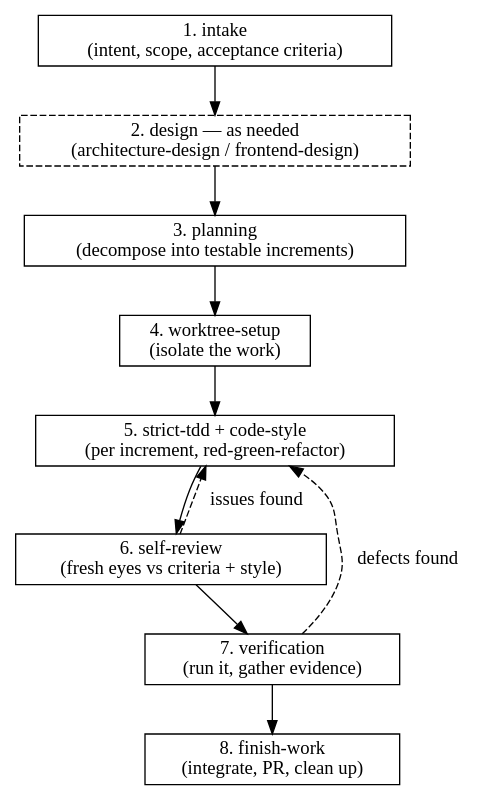
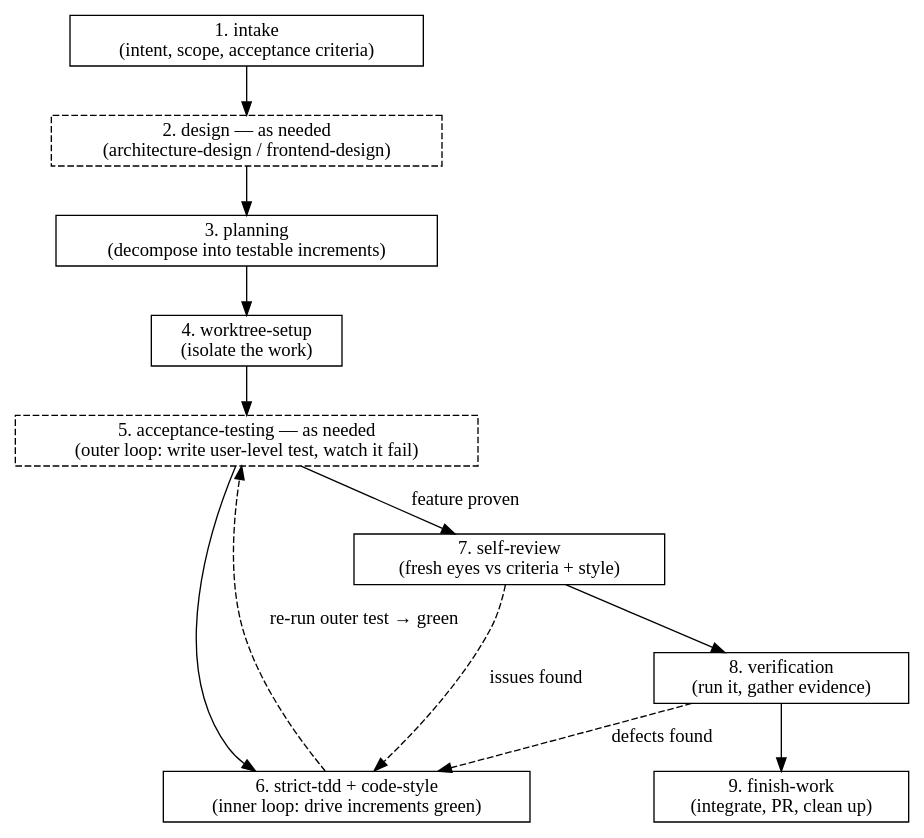
One commit to bryceklinker/claude-skills changed the diagram in skills/dev-workflow/SKILL.md. Above: the diagram before and after it, drawn with Graphviz. The commit also changed other lines of this file and 6 other files, not shown here.

First line of the commit message:
Add acceptance-testing skill and craft-acceptance-tester agent

````diff
--- a/skills/dev-workflow/SKILL.md
+++ b/skills/dev-workflow/SKILL.md
@@ -16,17 +16,21 @@
 ```dot
 digraph pipeline {
     rankdir=TB;
     intake      [label="1. intake\n(intent, scope, acceptance criteria)", shape=box];
     design      [label="2. design — as needed\n(architecture-design / frontend-design)", shape=box, style=dashed];
     planning    [label="3. planning\n(decompose into testable increments)", shape=box];
     worktree    [label="4. worktree-setup\n(isolate the work)", shape=box];
-    tdd         [label="5. strict-tdd + code-style\n(per increment, red-green-refactor)", shape=box];
-    review      [label="6. self-review\n(fresh eyes vs criteria + style)", shape=box];
-    verify      [label="7. verification\n(run it, gather evidence)", shape=box];
-    finish      [label="8. finish-work\n(integrate, PR, clean up)", shape=box];
+    accept      [label="5. acceptance-testing — as needed\n(outer loop: write user-level test, watch it fail)", shape=box, style=dashed];
+    tdd         [label="6. strict-tdd + code-style\n(inner loop: drive increments green)", shape=box];
+    review      [label="7. self-review\n(fresh eyes vs criteria + style)", shape=box];
+    verify      [label="8. verification\n(run it, gather evidence)", shape=box];
+    finish      [label="9. finish-work\n(integrate, PR, clean up)", shape=box];
 
-    intake -> design -> planning -> worktree -> tdd -> review -> verify -> finish;
+    intake -> design -> planning -> worktree -> accept -> tdd;
+    tdd -> accept [label="re-run outer test → green", style=dashed];
+    accept -> review [label="feature proven"];
+    review -> verify -> finish;
     verify -> tdd [label="defects found", style=dashed];
     review -> tdd [label="issues found", style=dashed];
 }
 ```
````
